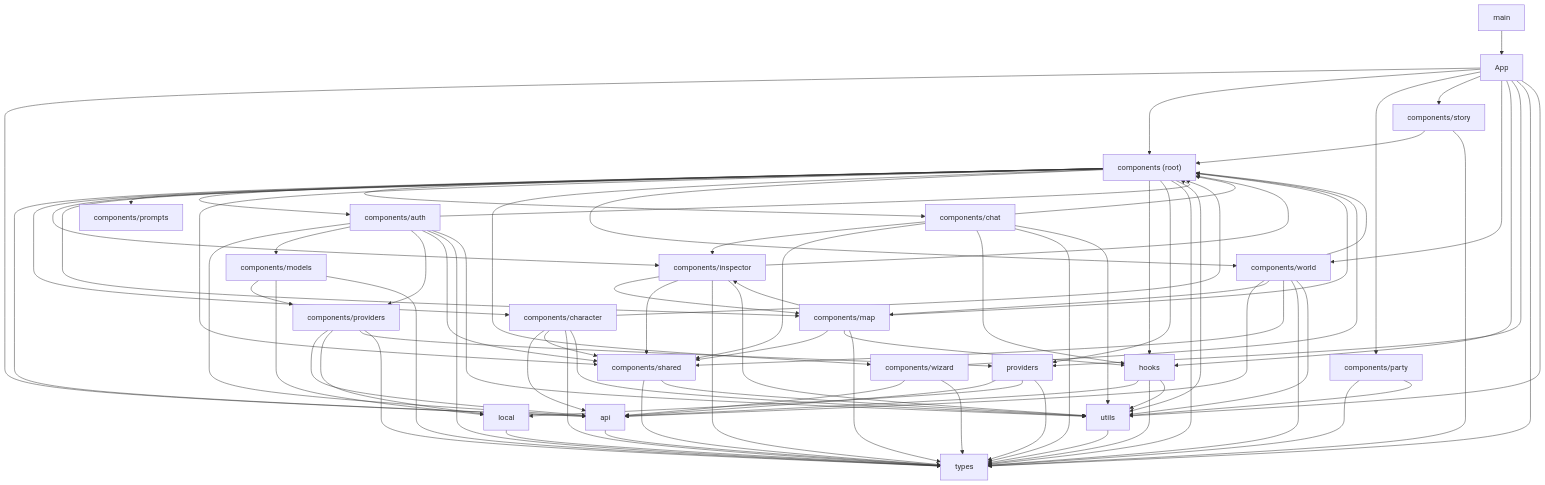
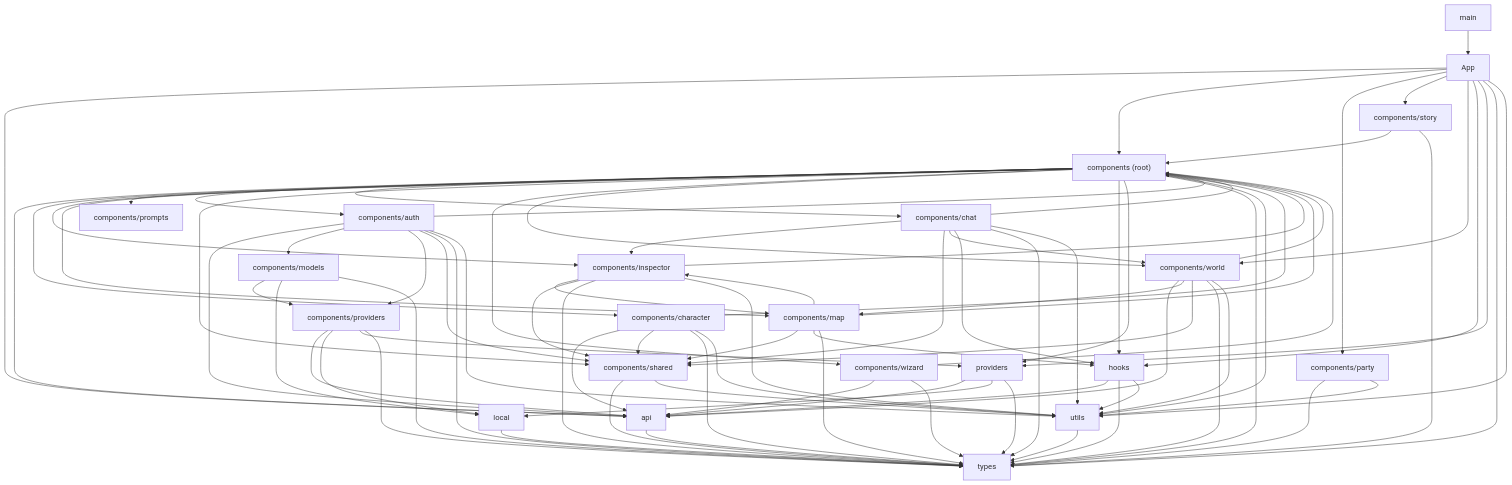
Before and after one commit to diegolima/CyberCantina: the diagram in docs/architecture/FRONTEND_GRAPH.md, drawn with Mermaid. The commit also changed other lines of this file and 33 other files, not shown here.

```diff
--- a/docs/architecture/FRONTEND_GRAPH.md
+++ b/docs/architecture/FRONTEND_GRAPH.md
@@ -74,6 +74,7 @@
     b_5 --> b_2
     b_5 --> b_6
     b_5 --> b_12
+    b_5 --> b_15
     b_5 --> b_16
     b_5 --> b_20
     b_5 --> b_21
```
